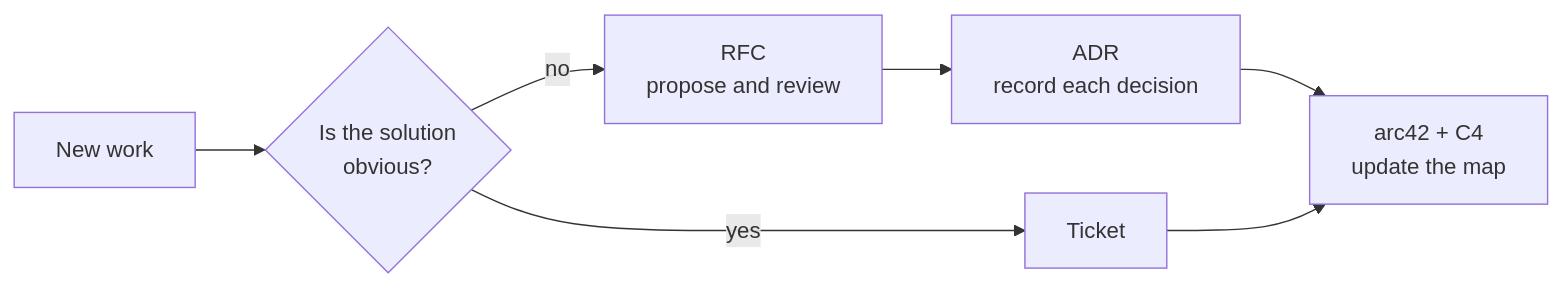
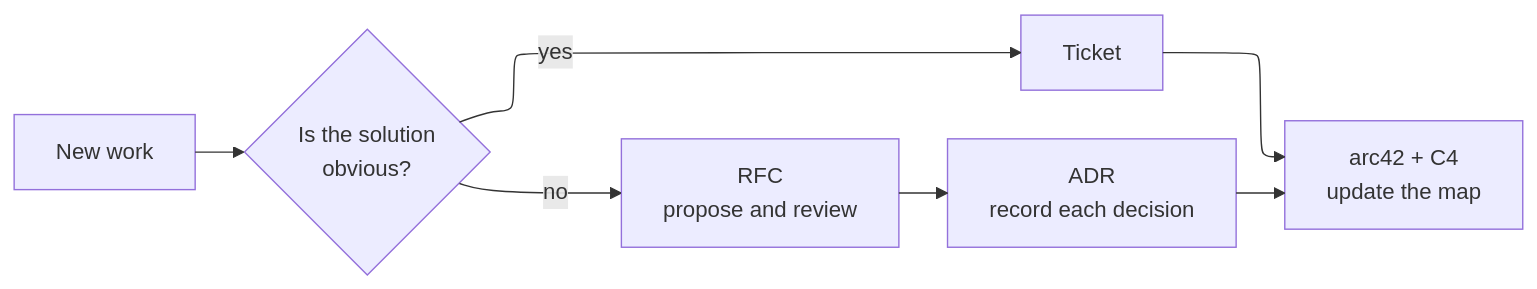
The diagram in README.md (openmove/engineering-design-playbook), drawn with Mermaid before and after one commit. The commit also changed 6 other files, not shown here.

First line of the commit message:
Enable ELK layout for the playbook flowcharts.

````diff
--- a/README.md
+++ b/README.md
@@ -19,9 +19,13 @@
 ```mermaid
+---
+config:
+  layout: elk
+---
 flowchart LR
   work["New work"] --> q{"Is the solution<br/>obvious?"}
   q -->|yes| ticket["Ticket"]
   q -->|no| rfc["RFC<br/>propose and review"]
   rfc --> adr["ADR<br/>record each decision"]
   adr --> arc["arc42 + C4<br/>update the map"]
   ticket --> arc
 ```
````
